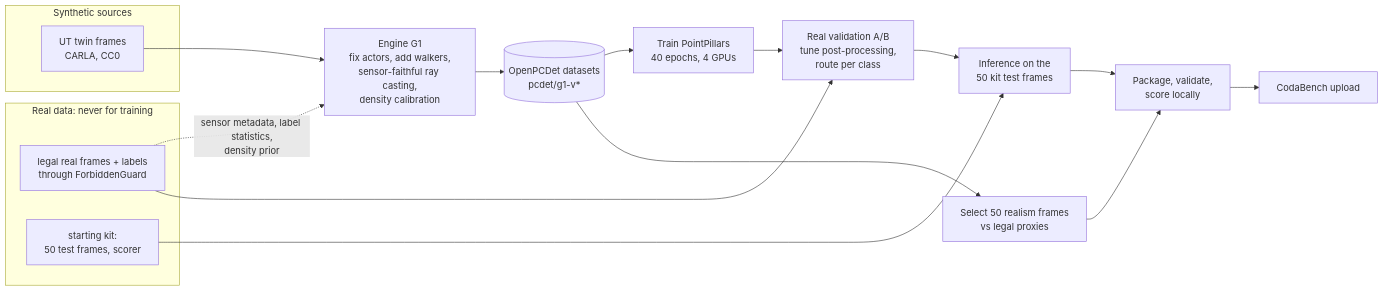
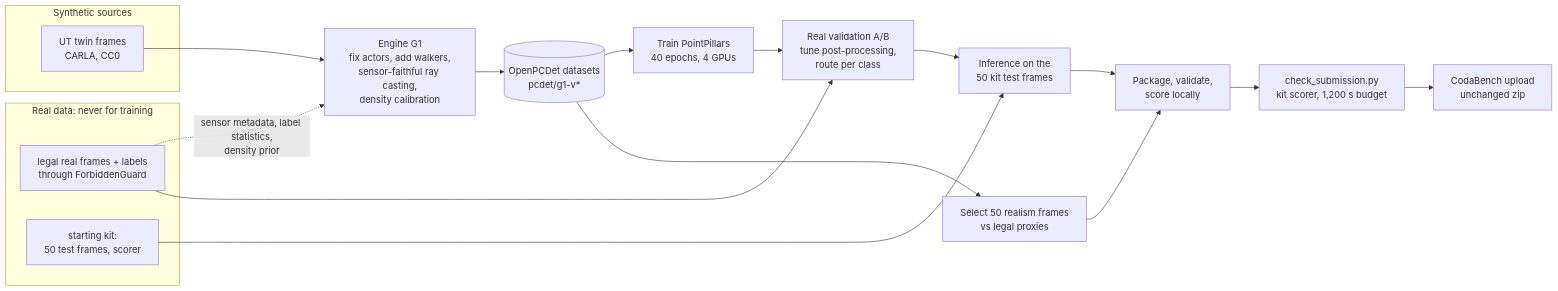
The first of 4 diagrams in README.md (karmarv/utsim2real-bdc26), drawn with Mermaid before and after one commit. The commit also changed other lines of this file and 17 other files, not shown here.

````diff
--- a/README.md
+++ b/README.md
@@ -44,22 +46,23 @@
 ```mermaid
 flowchart LR
   subgraph S[Synthetic sources]
     UT[UT twin frames<br/>CARLA, CC0]
   end
   subgraph R[Real data: never for training]
     RL[legal real frames + labels<br/>through ForbiddenGuard]
     KIT[starting kit:<br/>50 test frames, scorer]
   end
   UT --> G1[Engine G1<br/>fix actors, add walkers,<br/>sensor-faithful ray casting,<br/>density calibration]
   RL -. sensor metadata, label statistics,<br/>density prior .-> G1
   G1 --> DS[(OpenPCDet datasets<br/>pcdet/g1-v*)]
   DS --> TR[Train PointPillars<br/>40 epochs, 4 GPUs]
   TR --> VAL[Real validation A/B<br/>tune post-processing,<br/>route per class]
   RL --> VAL
   VAL --> INF[Inference on the<br/>50 kit test frames]
   KIT --> INF
   DS --> SEL[Select 50 realism frames<br/>vs legal proxies]
   INF --> PKG[Package, validate,<br/>score locally]
   SEL --> PKG
-  PKG --> CB[CodaBench upload]
+  PKG --> CHK[check_submission.py<br/>kit scorer, 1,200 s budget]
+  CHK --> CB[CodaBench upload<br/>unchanged zip]
 ```
````
